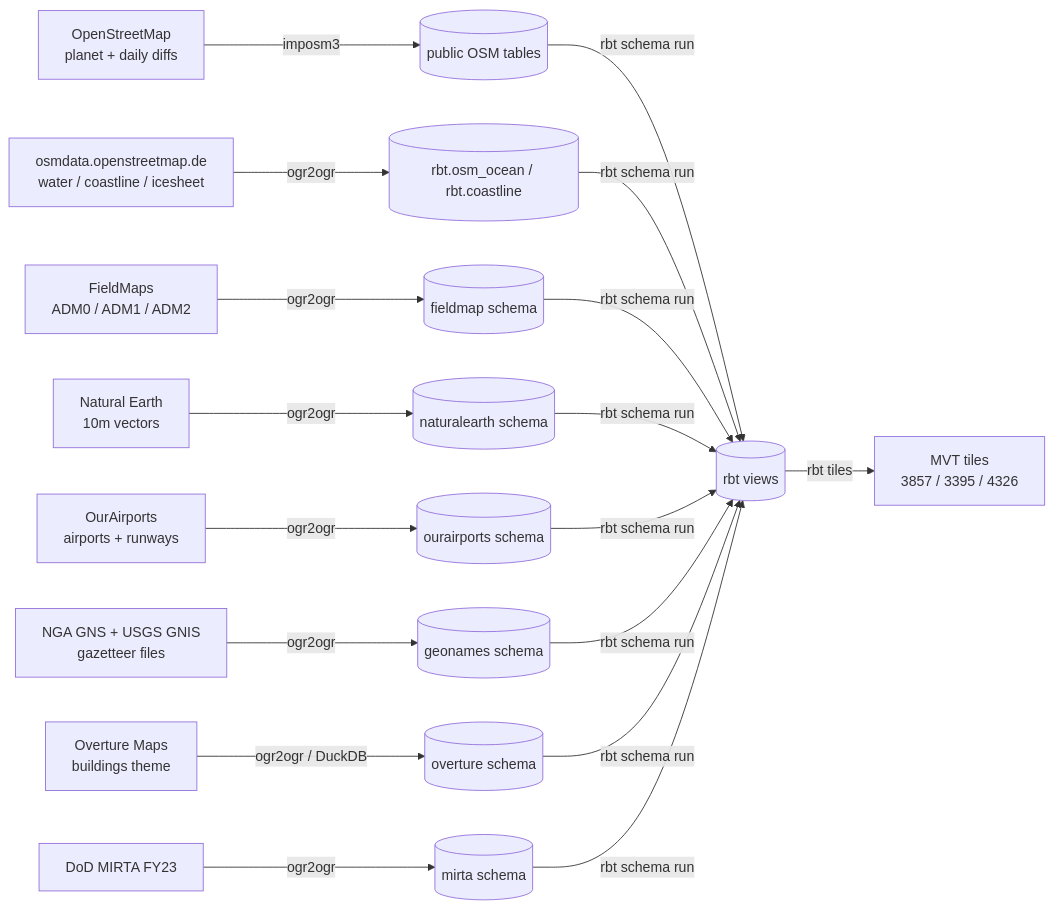
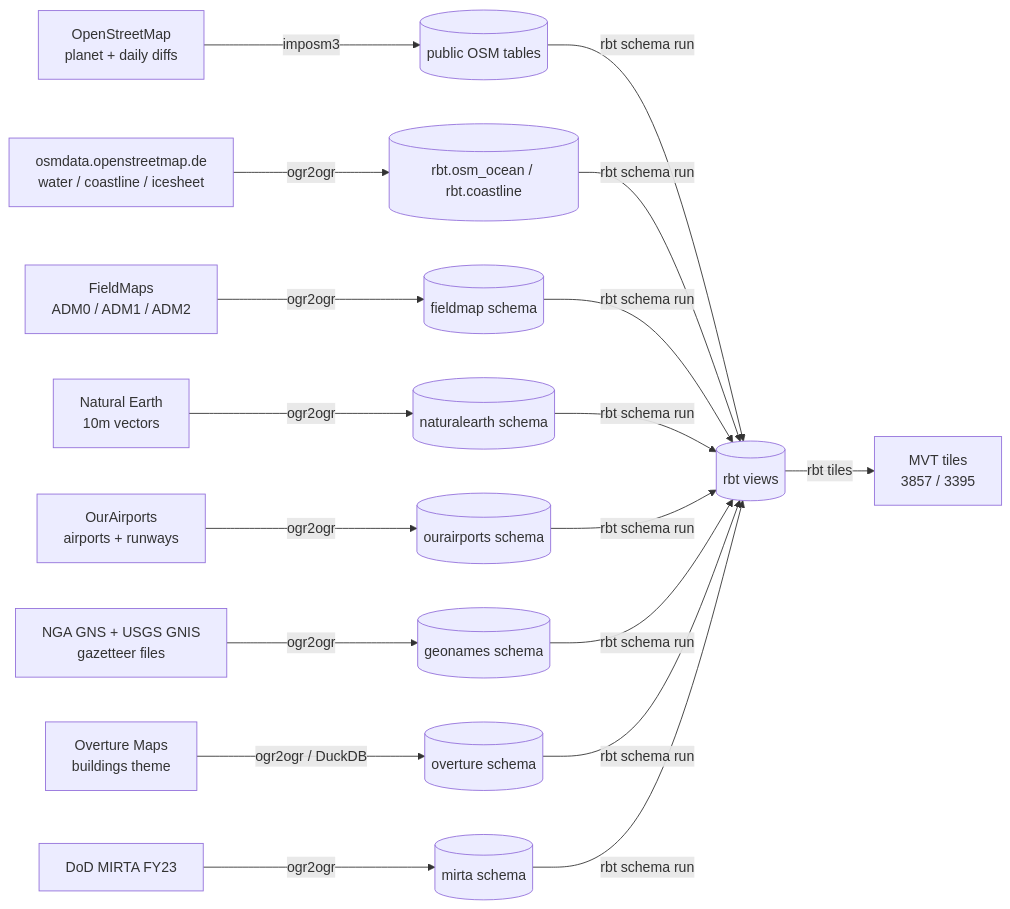
The diagram in docs/data-sources.md (mjj203/rbt-data-generator), drawn with Mermaid before and after one commit. The commit also changed other lines of this file and 35 other files, not shown here.

````diff
--- a/docs/data-sources.md
+++ b/docs/data-sources.md
@@ -10,13 +10,13 @@
 ```mermaid
 flowchart LR
     OSM["OpenStreetMap<br/>planet + daily diffs"] -->|imposm3| PUB[("public OSM tables")]
     OSMD["osmdata.openstreetmap.de<br/>water / coastline / icesheet"] -->|ogr2ogr| RBTRAW[("rbt.osm_ocean / rbt.coastline")]
     FM["FieldMaps<br/>ADM0 / ADM1 / ADM2"] -->|ogr2ogr| FMS[("fieldmap schema")]
     NE["Natural Earth<br/>10m vectors"] -->|ogr2ogr| NES[("naturalearth schema")]
     OA["OurAirports<br/>airports + runways"] -->|ogr2ogr| OAS[("ourairports schema")]
     GNS["NGA GNS + USGS GNIS<br/>gazetteer files"] -->|ogr2ogr| GS[("geonames schema")]
     OV["Overture Maps<br/>buildings theme"] -->|ogr2ogr / DuckDB| OVS[("overture schema")]
     MIRTA["DoD MIRTA FY23"] -->|ogr2ogr| MS[("mirta schema")]
     PUB & RBTRAW & FMS & NES & OAS & GS & OVS & MS -->|rbt schema run| VIEWS[("rbt views")]
-    VIEWS -->|rbt tiles| TILES["MVT tiles<br/>3857 / 3395 / 4326"]
+    VIEWS -->|rbt tiles| TILES["MVT tiles<br/>3857 / 3395"]
 ```
````
